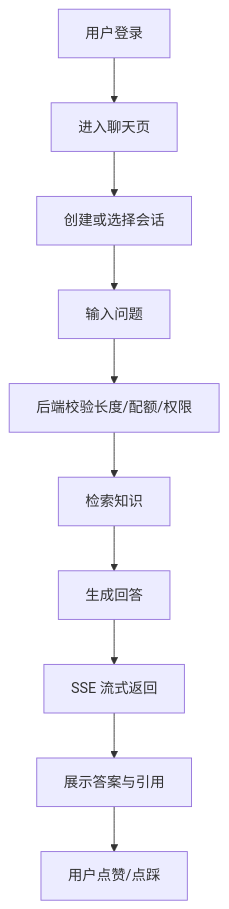
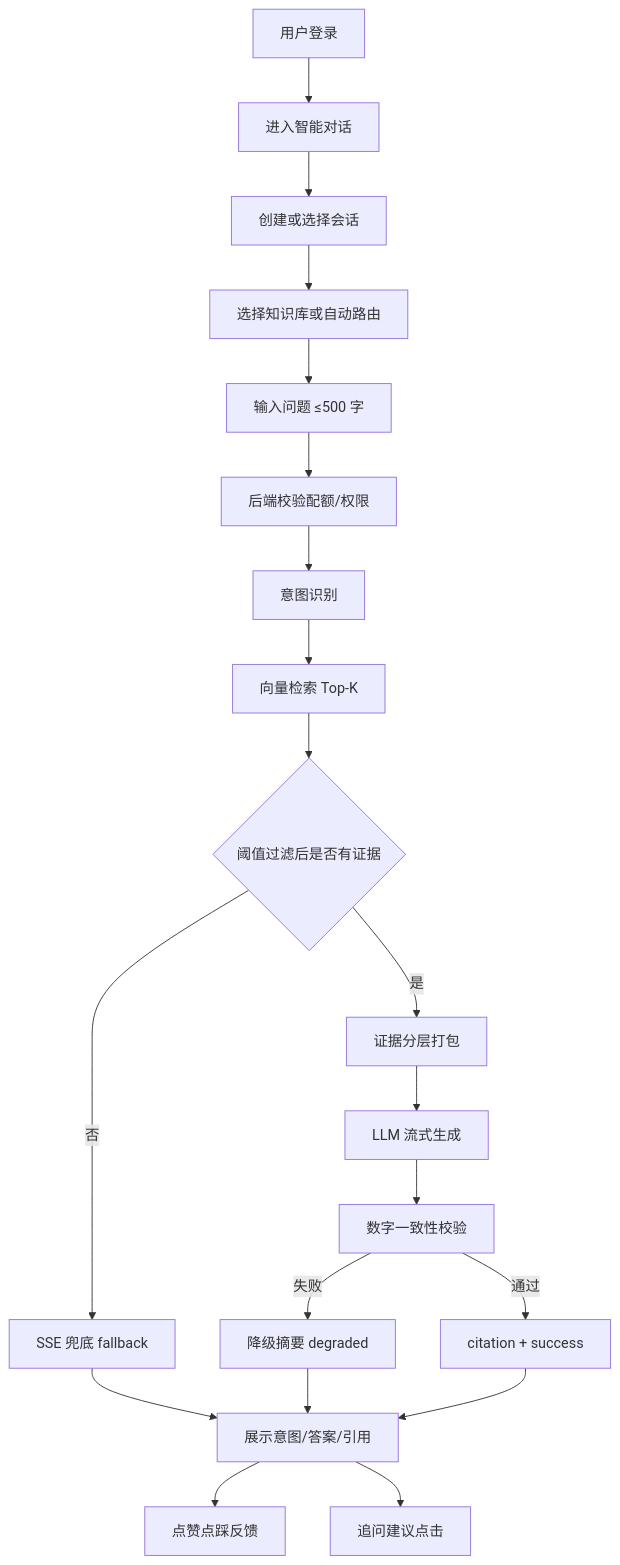
The first of 4 diagrams in docs/业务流程说明.md (farhub-wq/AI-), drawn with Mermaid before and after one commit. The commit also changed other lines of this file and 5 other files, not shown here.

````diff
--- a/docs/业务流程说明.md
+++ b/docs/业务流程说明.md
@@ -5,12 +6,22 @@
 ```mermaid
 flowchart TD
-    A[用户登录] --> B[进入聊天页]
+    A[用户登录] --> B[进入智能对话]
     B --> C[创建或选择会话]
-    C --> D[输入问题]
-    D --> E[后端校验长度/配额/权限]
-    E --> F[检索知识]
-    F --> G[生成回答]
-    G --> H[SSE 流式返回]
-    H --> I[展示答案与引用]
-    I --> J[用户点赞/点踩]
+    C --> D[选择知识库或自动路由]
+    D --> E[输入问题 ≤500 字]
+    E --> F[后端校验配额/权限]
+    F --> G[意图识别]
+    G --> H[向量检索 Top-K]
+    H --> I{阈值过滤后是否有证据}
+    I -->|否| J[SSE 兜底 fallback]
+    I -->|是| K[证据分层打包]
+    K --> L[LLM 流式生成]
+    L --> M[数字一致性校验]
+    M -->|失败| N[降级摘要 degraded]
+    M -->|通过| O[citation + success]
+    J --> P[展示意图/答案/引用]
+    N --> P
+    O --> P
+    P --> Q[点赞点踩反馈]
+    P --> R[追问建议点击]
 ```
````
